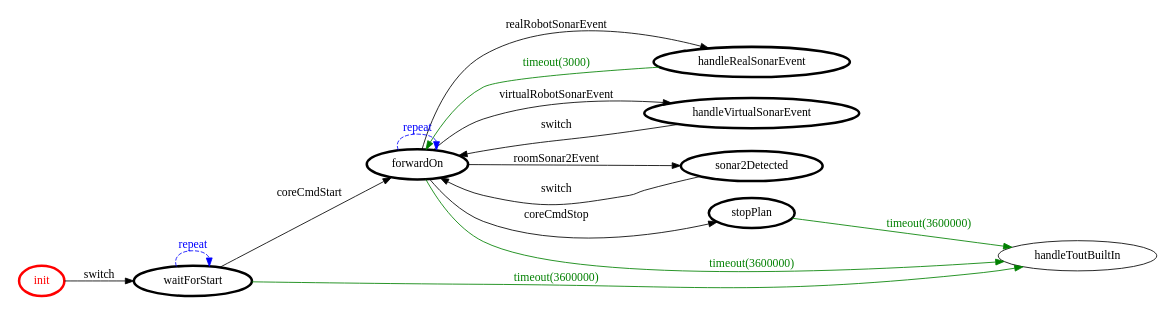
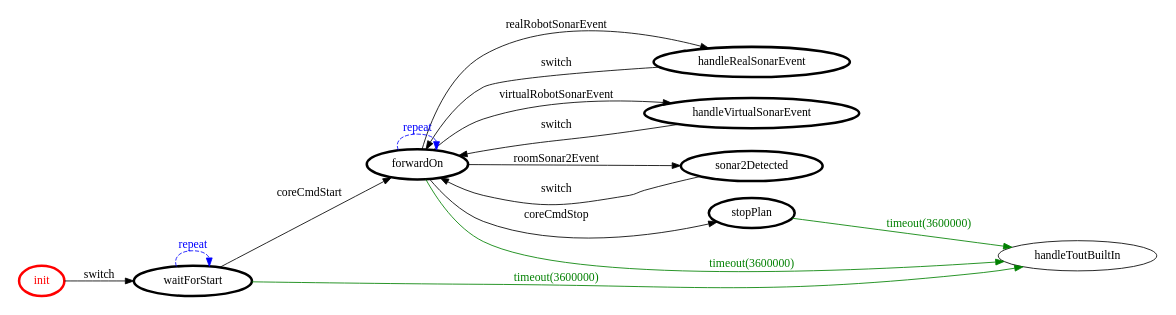
Before and after one commit to FraGio/iss2018: the diagram in it.unibo.projectRobot/srcMore/it/unibo/movecorelogic/movecorelogic.gv, drawn with Graphviz. The commit also changed 41 other files, not shown here.

```diff
--- a/it.unibo.projectRobot/srcMore/it/unibo/movecorelogic/movecorelogic.gv
+++ b/it.unibo.projectRobot/srcMore/it/unibo/movecorelogic/movecorelogic.gv
@@ -1,34 +1,34 @@
 /*
 *
 * A GraphViz DOT FSM description 
 * Please use a GraphViz visualizer (like http://www.webgraphviz.com)
 *  
 */
 
 digraph finite_state_machine {
 	rankdir=LR
 	size="8,5"
 	
 	init [ color = red ][ fontcolor = red ][ penwidth = 3 ]
 	handleRealSonarEvent [ color = black ][ fontcolor = black ][ penwidth = 3 ]
 	handleVirtualSonarEvent [ color = black ][ fontcolor = black ][ penwidth = 3 ]
 	sonar2Detected [ color = black ][ fontcolor = black ][ penwidth = 3 ]
 	waitForStart [ color = black ][ fontcolor = black ][ penwidth = 3 ]
 	forwardOn [ color = black ][ fontcolor = black ][ penwidth = 3 ]
 	stopPlan [ color = black ][ fontcolor = black ][ penwidth = 3 ]
 	
 	sonar2Detected -> forwardOn [ label = "switch" ][ color = black ][ fontcolor = black ]
 	waitForStart -> handleToutBuiltIn [ label = "timeout(3600000)" ][ color = green ][ fontcolor = green ]
 	handleVirtualSonarEvent -> forwardOn [ label = "switch" ][ color = black ][ fontcolor = black ]
 	stopPlan -> handleToutBuiltIn [ label = "timeout(3600000)" ][ color = green ][ fontcolor = green ]
 	waitForStart -> forwardOn [ label = "coreCmdStart" ][ color = black ][ fontcolor = black ]
 	forwardOn -> handleToutBuiltIn [ label = "timeout(3600000)" ][ color = green ][ fontcolor = green ]
 	forwardOn -> stopPlan [ label = "coreCmdStop" ][ color = black ][ fontcolor = black ]
-	handleRealSonarEvent -> forwardOn [ label = "timeout(3000)" ][ color = green ][ fontcolor = green ]
 	forwardOn -> handleVirtualSonarEvent [ label = "virtualRobotSonarEvent" ][ color = black ][ fontcolor = black ]
+	handleRealSonarEvent -> forwardOn [ label = "switch" ][ color = black ][ fontcolor = black ]
 	waitForStart -> waitForStart [ label = "repeat "][ style = dashed ][ color = blue ][ fontcolor = blue ]
 	forwardOn -> handleRealSonarEvent [ label = "realRobotSonarEvent" ][ color = black ][ fontcolor = black ]
 	forwardOn -> forwardOn [ label = "repeat "][ style = dashed ][ color = blue ][ fontcolor = blue ]
 	init -> waitForStart [ label = "switch" ][ color = black ][ fontcolor = black ]
 	forwardOn -> sonar2Detected [ label = "roomSonar2Event" ][ color = black ][ fontcolor = black ]
 }
```
